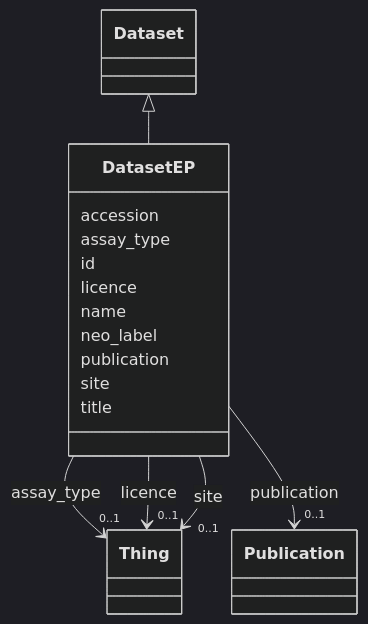
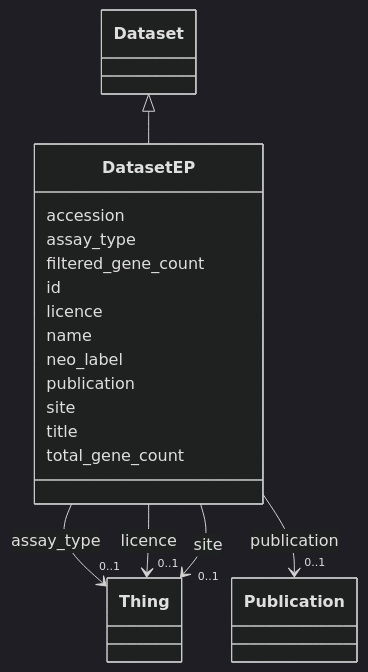
The diagram in docs/DatasetEP.md (VirtualFlyBrain/vfb-EPseq-ontology), drawn with Mermaid (dark theme) before and after one commit. The commit also changed other lines of this file and 60 other files, not shown here.

````diff
--- a/docs/DatasetEP.md
+++ b/docs/DatasetEP.md
@@ -19,55 +19,59 @@
 ```mermaid
  classDiagram
     class DatasetEP
     click DatasetEP href "../DatasetEP"
       Dataset <|-- DatasetEP
         click Dataset href "../Dataset"
       
       DatasetEP : accession
         
       DatasetEP : assay_type
         
           
     
     
     DatasetEP --> "0..1" Thing : assay_type
     click Thing href "../Thing"
 
+        
+      DatasetEP : filtered_gene_count
         
       DatasetEP : id
         
       DatasetEP : licence
         
           
     
     
     DatasetEP --> "0..1" Thing : licence
     click Thing href "../Thing"
 
         
       DatasetEP : name
         
       DatasetEP : neo_label
         
       DatasetEP : publication
         
           
     
     
     DatasetEP --> "0..1" Publication : publication
     click Publication href "../Publication"
 
         
       DatasetEP : site
         
           
     
     
     DatasetEP --> "0..1" Thing : site
     click Thing href "../Thing"
 
         
       DatasetEP : title
         
+      DatasetEP : total_gene_count
+        
       
 ```
````
